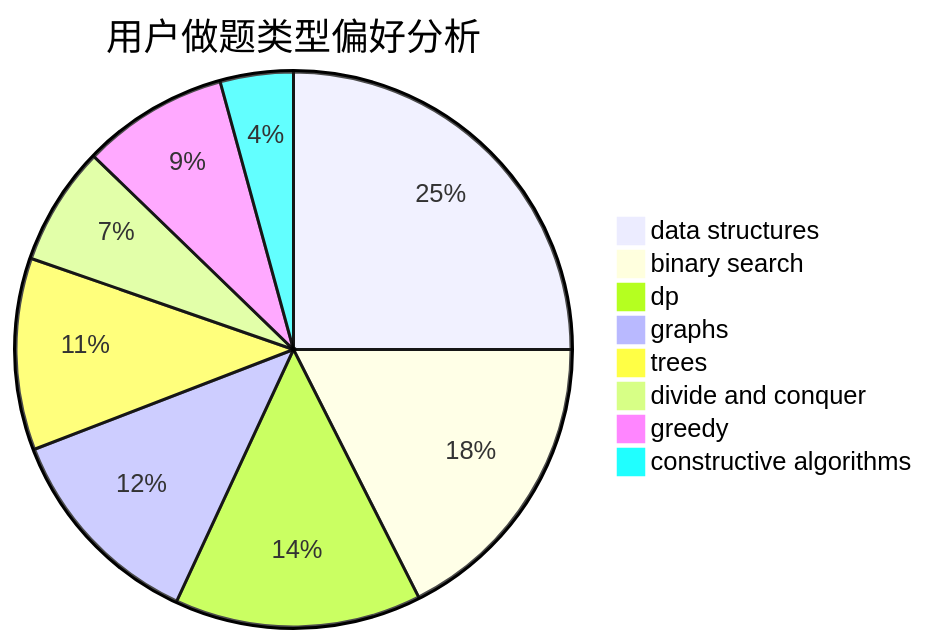
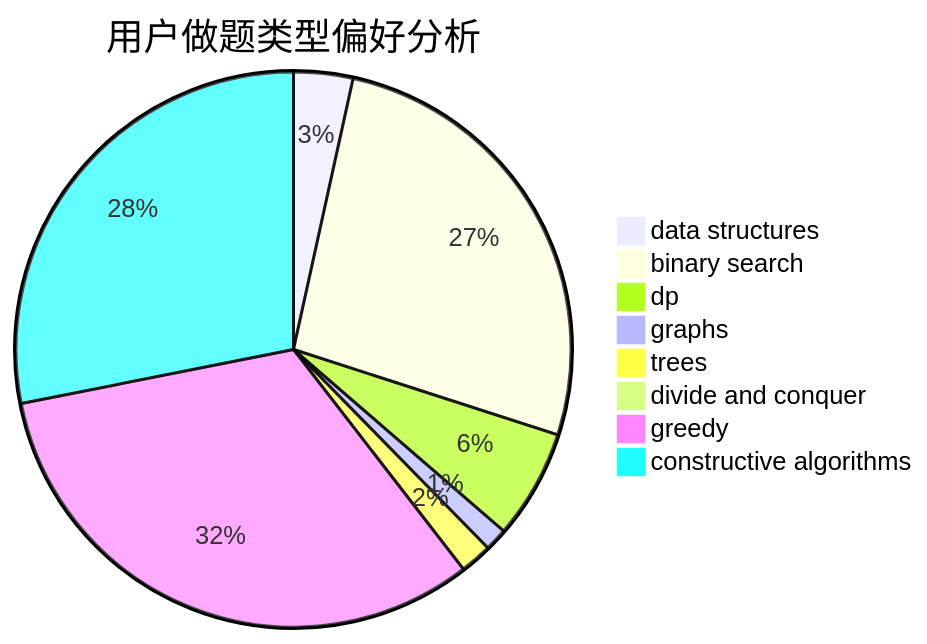
One commit to sherpahu/cfrs.github.io changed the second of 3 diagrams in docs/user/u186.md. Above: the diagram before and after it, drawn with Mermaid. The commit also changed other lines of this file and 2770 other files, not shown here.

````diff
--- a/docs/user/u186.md
+++ b/docs/user/u186.md
@@ -23,11 +23,11 @@
 ```mermaid
 pie title 用户做题类型偏好分析
-    "data structures" :  47
-    "binary search" :  33
-    "dp" :  27
-    "graphs" :  23
-    "trees" :  21
-    "divide and conquer" :  13
-    "greedy" :  16
-    "constructive algorithms" :  8
+    "data structures" :  13
+    "binary search" :  100
+    "dp" :  24
+    "graphs" :  5
+    "trees" :  7
+    "divide and conquer" :  0
+    "greedy" :  122
+    "constructive algorithms" :  106
 ```
````
